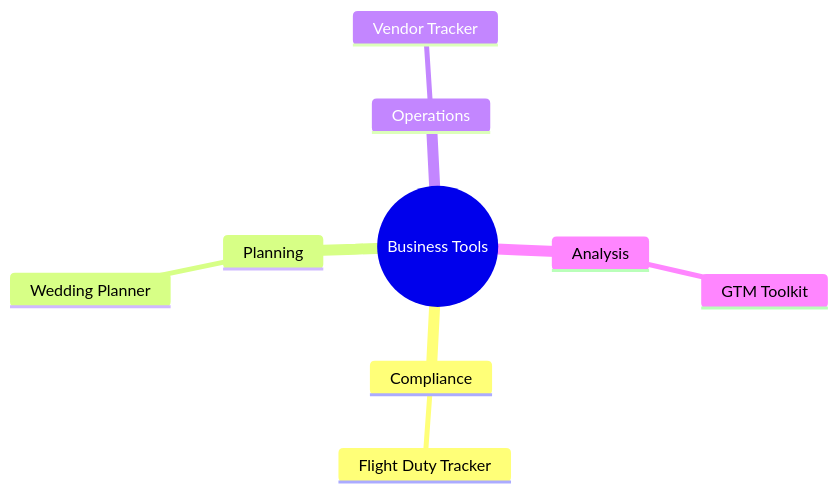
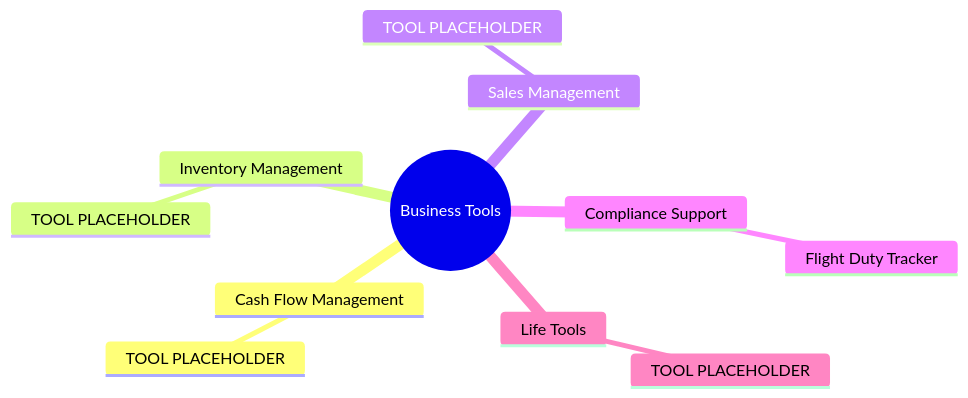
Before and after one commit to HyVoid/About-me: the second of 3 diagrams in README.md, drawn with Mermaid. The commit also changed other lines of this file, not shown here.

````diff
--- a/README.md
+++ b/README.md
@@ -124,12 +194,14 @@
 ```mermaid
 mindmap
   root((Business Tools))
-    Compliance
+    Cash Flow Management
+      TOOL PLACEHOLDER
+    Inventory Management
+      TOOL PLACEHOLDER
+    Sales Management
+      TOOL PLACEHOLDER
+    Compliance Support
       Flight Duty Tracker
-    Planning
-      Wedding Planner
-    Operations
-      Vendor Tracker
-    Analysis
-      GTM Toolkit
+    Life Tools
+      TOOL PLACEHOLDER
 ```
````
